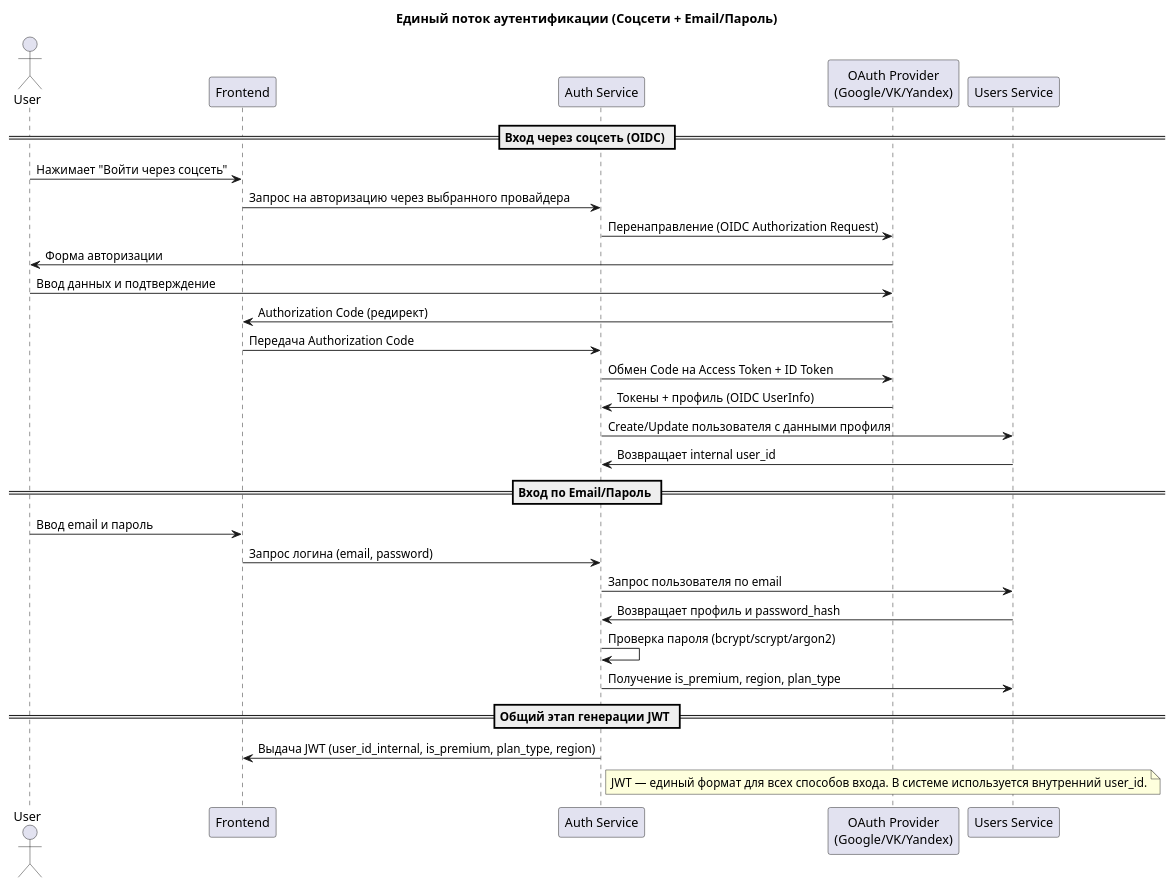
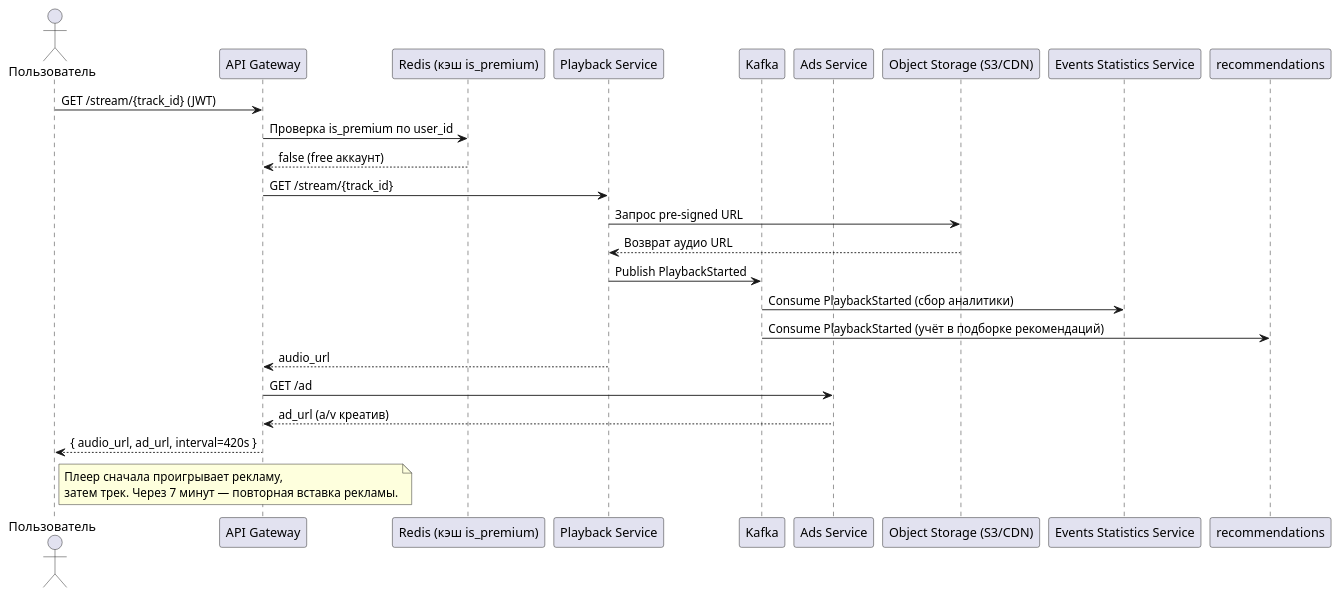
One commit to Nikson276/SystemDesign changed the diagram in puml/test.puml. Above: the diagram before and after it, drawn with PlantUML. The commit also changed 10 other files, not shown here.

```diff
--- a/puml/test.puml
+++ b/puml/test.puml
@@ -1,34 +1,34 @@
 @startuml
-title Единый поток аутентификации (Соцсети + Email/Пароль)
+actor Пользователь
+participant "API Gateway" as gateway
+participant "Redis (кэш is_premium)" as redis
+participant "Playback Service" as playback
+participant "Kafka" as kafka
+participant "Ads Service" as ads
+participant "Object Storage (S3/CDN)" as cdn
+participant "Events Statistics Service" as stats
 
-actor User as U
-participant "Frontend" as FE
-participant "Auth Service" as AS
-participant "OAuth Provider\n(Google/VK/Yandex)" as OP
-participant "Users Service" as US
+Пользователь -> gateway: GET /stream/{track_id} (JWT)
+gateway -> redis: Проверка is_premium по user_id
+redis --> gateway: false (free аккаунт)
 
-== Вход через соцсеть (OIDC) ==
-U -> FE: Нажимает "Войти через соцсеть"
-FE -> AS: Запрос на авторизацию через выбранного провайдера
-AS -> OP: Перенаправление (OIDC Authorization Request)
-OP -> U: Форма авторизации
-U -> OP: Ввод данных и подтверждение
-OP -> FE: Authorization Code (редирект)
-FE -> AS: Передача Authorization Code
-AS -> OP: Обмен Code на Access Token + ID Token
-OP -> AS: Токены + профиль (OIDC UserInfo)
-AS -> US: Create/Update пользователя с данными профиля
-US -> AS: Возвращает internal user_id
+gateway -> playback: GET /stream/{track_id}
+playback -> cdn: Запрос pre-signed URL
+cdn --> playback: Возврат аудио URL
 
-== Вход по Email/Пароль ==
-U -> FE: Ввод email и пароль
-FE -> AS: Запрос логина (email, password)
-AS -> US: Запрос пользователя по email
-US -> AS: Возвращает профиль и password_hash
-AS -> AS: Проверка пароля (bcrypt/scrypt/argon2)
-AS -> US: Получение is_premium, region, plan_type
+playback -> kafka: Publish PlaybackStarted
+kafka -> stats: Consume PlaybackStarted (сбор аналитики)
+kafka -> recommendations: Consume PlaybackStarted (учёт в подборке рекомендаций)
 
-== Общий этап генерации JWT ==
-AS -> FE: Выдача JWT (user_id_internal, is_premium, plan_type, region)
-note right of AS: JWT — единый формат для всех способов входа. В системе используется внутренний user_id.
+playback --> gateway: audio_url
+
+gateway -> ads: GET /ad
+ads --> gateway: ad_url (a/v креатив)
+
+gateway --> Пользователь: { audio_url, ad_url, interval=420s }
+
+note right of Пользователь
+  Плеер сначала проигрывает рекламу,
+  затем трек. Через 7 минут — повторная вставка рекламы.
+end note
 @enduml
```
